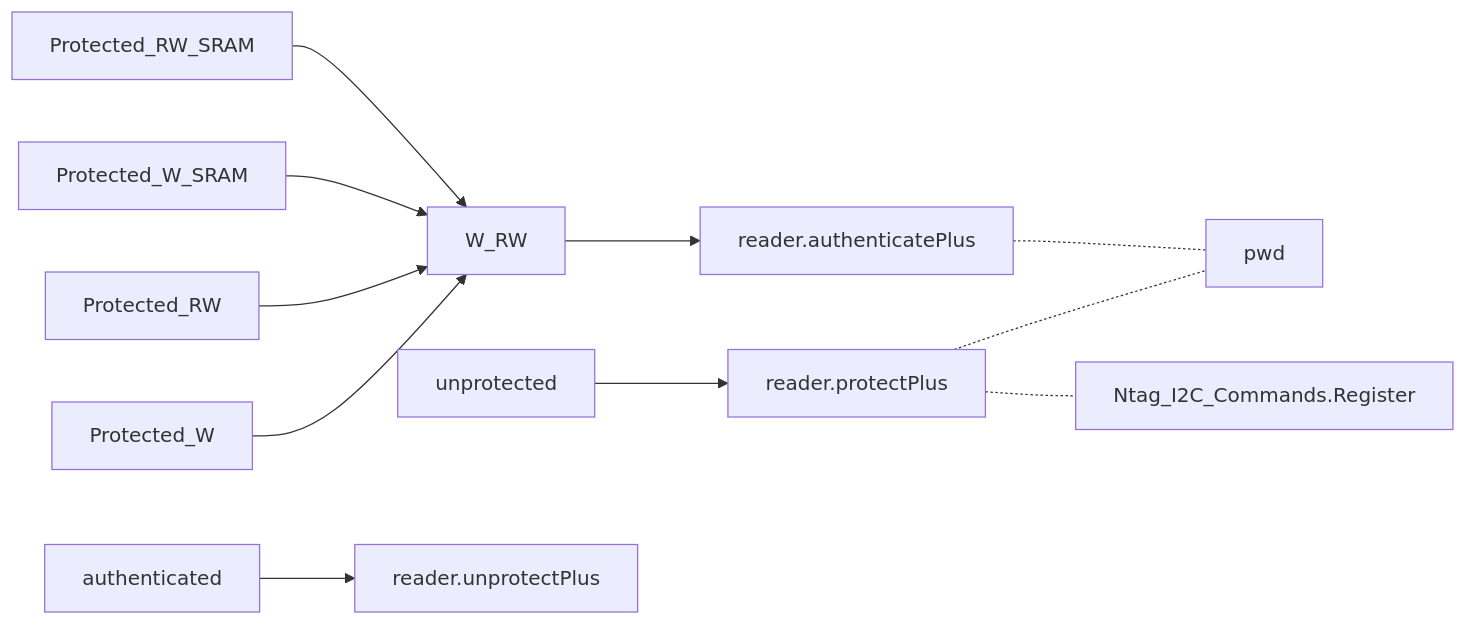
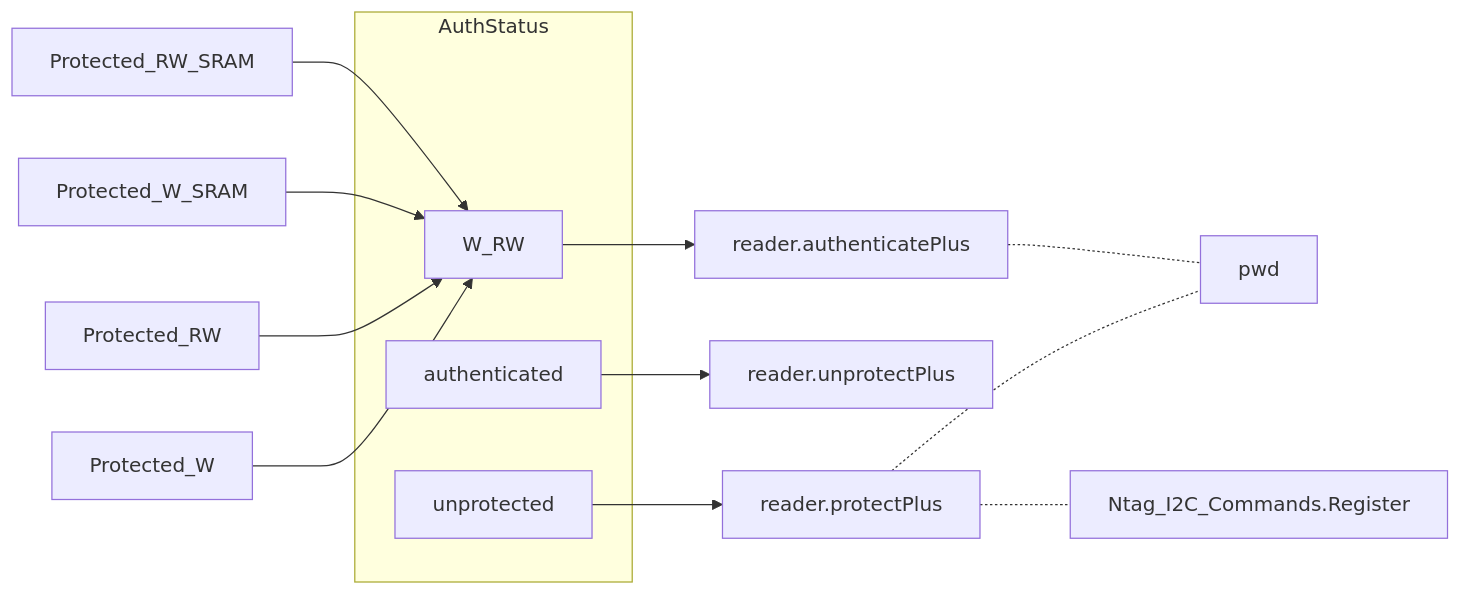
Diagram 16 of 16 in nxp/NtagDemo_mermaid.md (gordianknotC/nxp_note), drawn with Mermaid before and after one commit. The commit also changed other lines of this file, not shown here.

Commit message:
nxp/NtagDemo_mermaid.md updated from https://stackedit.io/

````diff
--- a/nxp/NtagDemo_mermaid.md
+++ b/nxp/NtagDemo_mermaid.md
@@ -616,18 +616,20 @@
 ```mermaid
 graph LR
-unprotected
-authenticated
-W_RW
+subgraph AuthStatus
+	unprotected
+	authenticated
+	W_RW
+end
 
 unprotected --> reader.protectPlus
 reader.protectPlus -.- pwd
 reader.protectPlus -.- Ntag_I2C_Commands.Register
 authenticated --> reader.unprotectPlus
 W_RW --> reader.authenticatePlus
 reader.authenticatePlus -.- pwd
 
 Protected_W --> W_RW
 Protected_RW --> W_RW
 Protected_W_SRAM --> W_RW
 Protected_RW_SRAM --> W_RW
 ```
````
